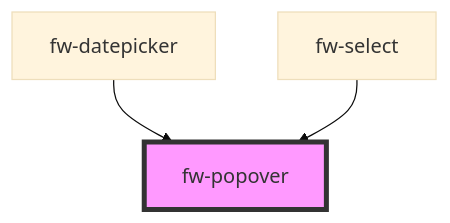
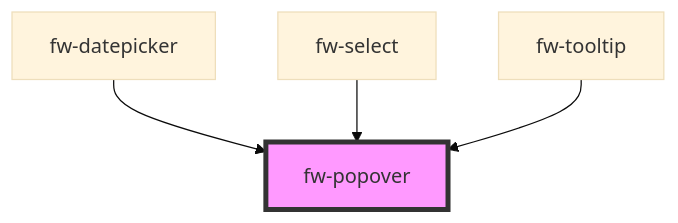
Before and after one commit to freshworks/crayons: the diagram in packages/crayons-core/src/components/popover/readme.md, drawn with Mermaid (base theme). The commit also changed other lines of this file and 8 other files, not shown here.

````diff
--- a/packages/crayons-core/src/components/popover/readme.md
+++ b/packages/crayons-core/src/components/popover/readme.md
@@ -102,6 +106,7 @@
 ```mermaid
 graph TD;
   fw-datepicker --> fw-popover
   fw-select --> fw-popover
+  fw-tooltip --> fw-popover
   style fw-popover fill:#f9f,stroke:#333,stroke-width:4px
 ```
````
